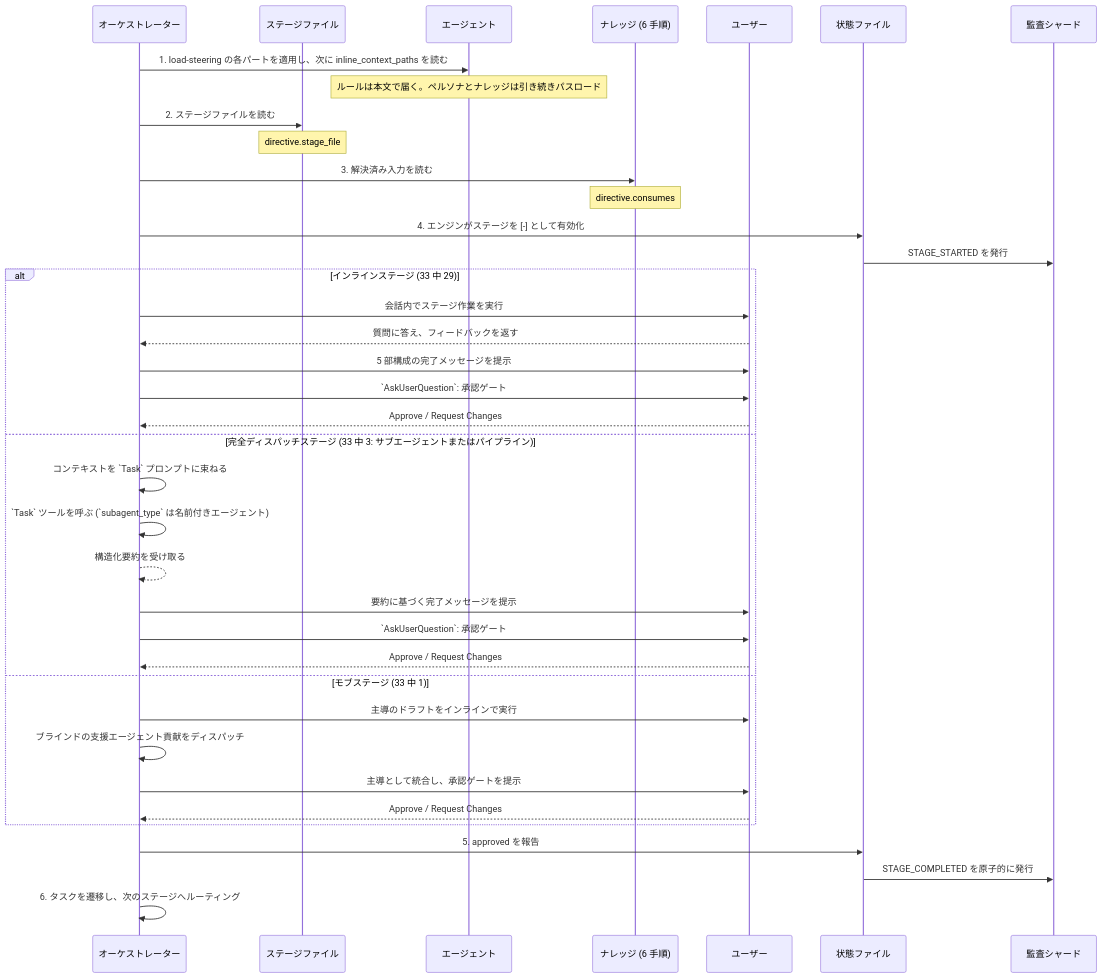
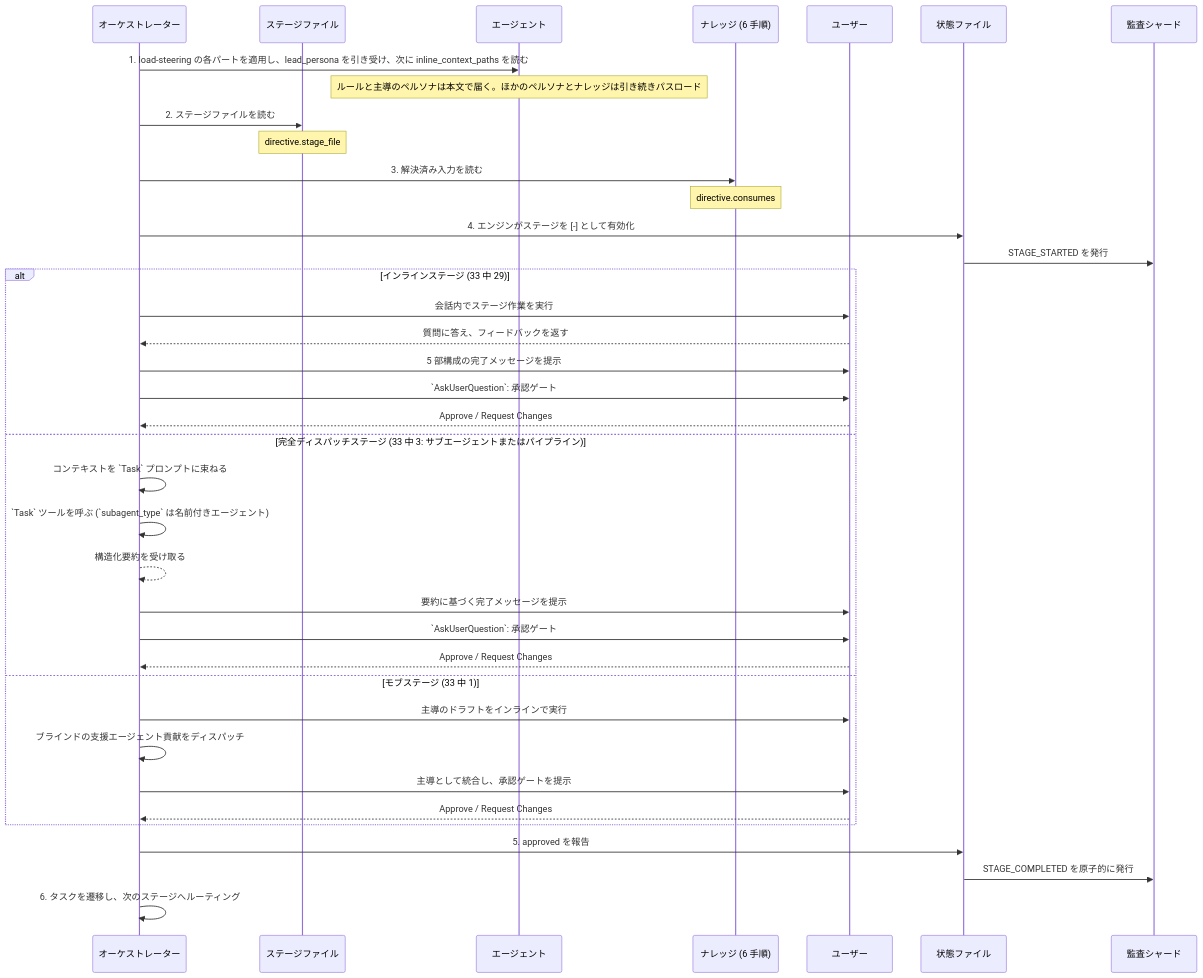
One commit to otomatty/aidlc-guide changed the second of 4 diagrams in docs/reference/ja/03-orchestrator.md. Above: the diagram before and after it, drawn with Mermaid. The commit also changed other lines of this file and 740 other files, not shown here.

````diff
--- a/docs/reference/ja/03-orchestrator.md
+++ b/docs/reference/ja/03-orchestrator.md
@@ -337,46 +339,46 @@
 ```mermaid
 sequenceDiagram
     participant O as オーケストレーター
     participant SF as ステージファイル
     participant A as エージェント
     participant K as ナレッジ (6 手順)
     participant U as ユーザー
     participant S as 状態ファイル
     participant AU as 監査シャード
 
-    O->>A: 1. load-steering の各パートを適用し、次に inline_context_paths を読む
-    Note over A: ルールは本文で届く。ペルソナとナレッジは引き続きパスロード
+    O->>A: 1. load-steering の各パートを適用し、lead_persona を引き受け、次に inline_context_paths を読む
+    Note over A: ルールと主導のペルソナは本文で届く。ほかのペルソナとナレッジは引き続きパスロード
 
     O->>SF: 2. ステージファイルを読む
     Note over SF: directive.stage_file
 
     O->>K: 3. 解決済み入力を読む
     Note over K: directive.consumes
 
     O->>S: 4. エンジンがステージを [-] として有効化
     S->>AU: STAGE_STARTED を発行
 
     alt インラインステージ (33 中 29)
         O->>U: 会話内でステージ作業を実行
         U-->>O: 質問に答え、フィードバックを返す
         O->>U: 5 部構成の完了メッセージを提示
         O->>U: `AskUserQuestion`: 承認ゲート
         U-->>O: Approve / Request Changes
     else 完全ディスパッチステージ (33 中 3: サブエージェントまたはパイプライン)
         O->>O: コンテキストを `Task` プロンプトに束ねる
         O->>O: `Task` ツールを呼ぶ (`subagent_type` は名前付きエージェント)
         O-->>O: 構造化要約を受け取る
         O->>U: 要約に基づく完了メッセージを提示
         O->>U: `AskUserQuestion`: 承認ゲート
         U-->>O: Approve / Request Changes
     else モブステージ (33 中 1)
         O->>U: 主導のドラフトをインラインで実行
         O->>O: ブラインドの支援エージェント貢献をディスパッチ
         O->>U: 主導として統合し、承認ゲートを提示
         U-->>O: Approve / Request Changes
     end
 
     O->>S: 5. approved を報告
     S->>AU: STAGE_COMPLETED を原子的に発行
     O->>O: 6. タスクを遷移し、次のステージへルーティング
 ```
````
